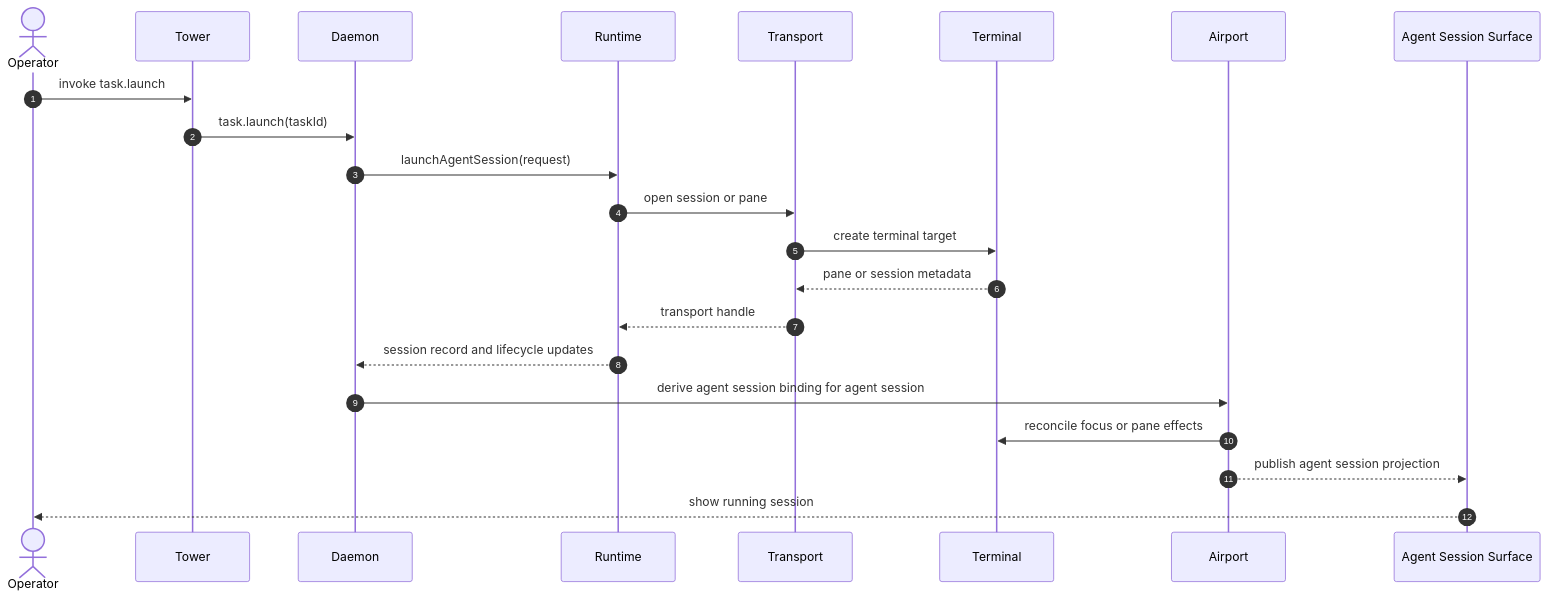
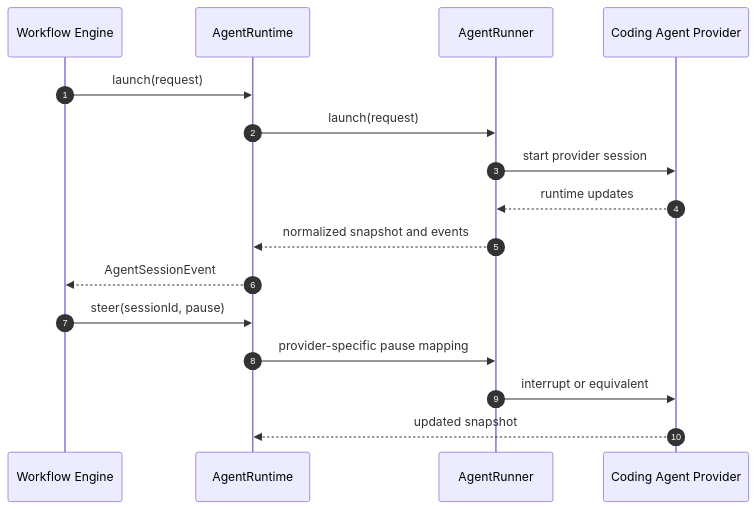
The diagram in specifications/mission/execution/agent-runtime.md (Flying-Pillow/mission), drawn with Mermaid before and after one commit. The commit also changed other lines of this file and 72 other files, not shown here.

````diff
--- a/specifications/mission/execution/agent-runtime.md
+++ b/specifications/mission/execution/agent-runtime.md
@@ -30,25 +87,20 @@
 ```mermaid
 sequenceDiagram
     autonumber
-    actor Operator
-    participant Tower
-    participant Daemon
-    participant Runtime
-    participant Transport
-    participant Terminal
-    participant Airport
-    participant AgentSessionSurface as Agent Session Surface
+    participant Engine as Workflow Engine
+    participant Runtime as AgentRuntime
+    participant Runner as AgentRunner
+    participant Provider as Coding Agent Provider
 
-    Operator->>Tower: invoke task.launch
-    Tower->>Daemon: task.launch(taskId)
-    Daemon->>Runtime: launchAgentSession(request)
-    Runtime->>Transport: open session or pane
-    Transport->>Terminal: create terminal target
-    Terminal-->>Transport: pane or session metadata
-    Transport-->>Runtime: transport handle
-    Runtime-->>Daemon: session record and lifecycle updates
-    Daemon->>Airport: derive agent session binding for agent session
-    Airport->>Terminal: reconcile focus or pane effects
-    Airport-->>AgentSessionSurface: publish agent session projection
-    AgentSessionSurface-->>Operator: show running session
+    Engine->>Runtime: launch(request)
+    Runtime->>Runner: launch(request)
+    Runner->>Provider: start provider session
+    Provider-->>Runner: runtime updates
+    Runner-->>Runtime: normalized snapshot and events
+    Runtime-->>Engine: AgentSessionEvent
+
+    Engine->>Runtime: steer(sessionId, pause)
+    Runtime->>Runner: provider-specific pause mapping
+    Runner->>Provider: interrupt or equivalent
+    Provider-->>Runtime: updated snapshot
 ```
````
